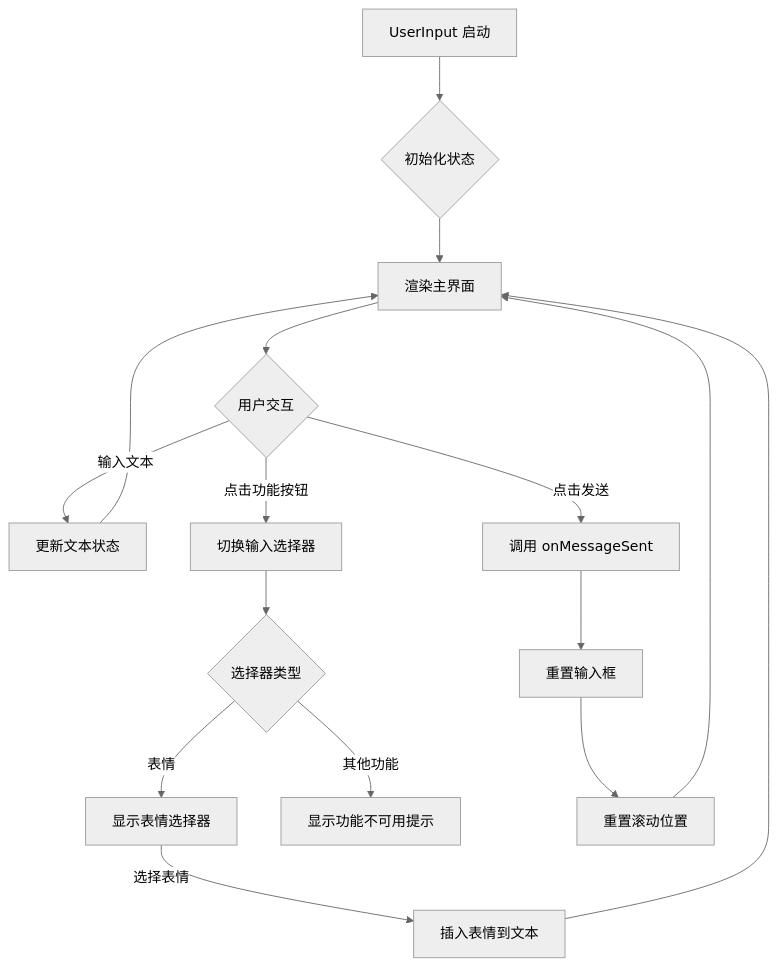
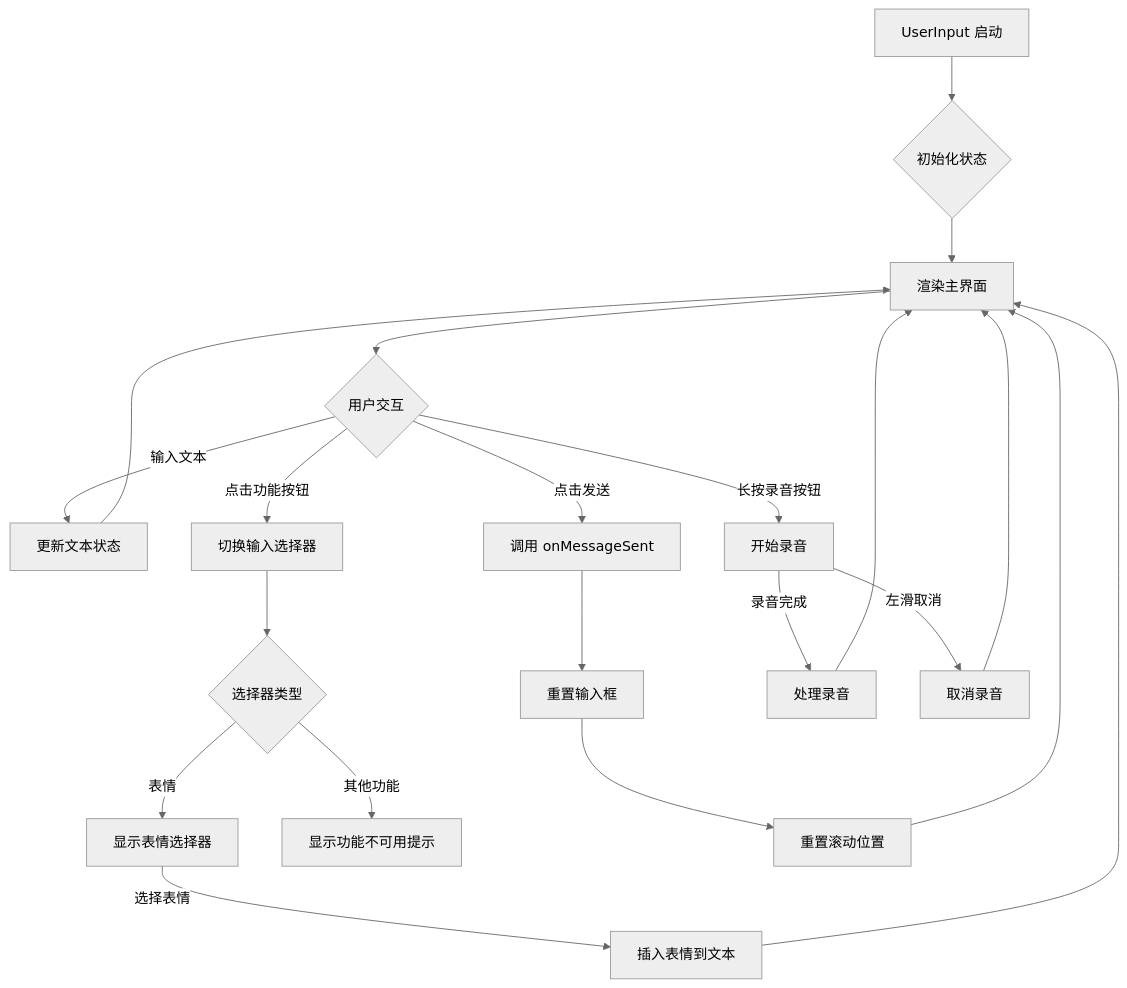
The second of 4 diagrams in Jetchat/app/src/main/java/com/example/compose/jetchat/conversation/UserInput.kt.md (hyh19/compose-samples), drawn with Mermaid (neutral theme) before and after one commit. The commit also changed other lines of this file, not shown here.

````diff
--- a/Jetchat/app/src/main/java/com/example/compose/jetchat/conversation/UserInput.kt.md
+++ b/Jetchat/app/src/main/java/com/example/compose/jetchat/conversation/UserInput.kt.md
@@ -119,18 +193,23 @@
 ```mermaid
 flowchart TD
     A[UserInput 启动] --> B{初始化状态}
     B --> C[渲染主界面]
     C --> D{用户交互}
     D -->|输入文本| E[更新文本状态]
     D -->|点击功能按钮| F[切换输入选择器]
     D -->|点击发送| G[调用 onMessageSent]
+    D -->|长按录音按钮| N[开始录音]
     F --> H{选择器类型}
     H -->|表情| I[显示表情选择器]
     H -->|其他功能| J[显示功能不可用提示]
     I -->|选择表情| K[插入表情到文本]
     G --> L[重置输入框]
     L --> M[重置滚动位置]
+    N -->|录音完成| O[处理录音]
+    N -->|左滑取消| P[取消录音]
     E --> C
     K --> C
     M --> C
+    O --> C
+    P --> C
 ```
````
